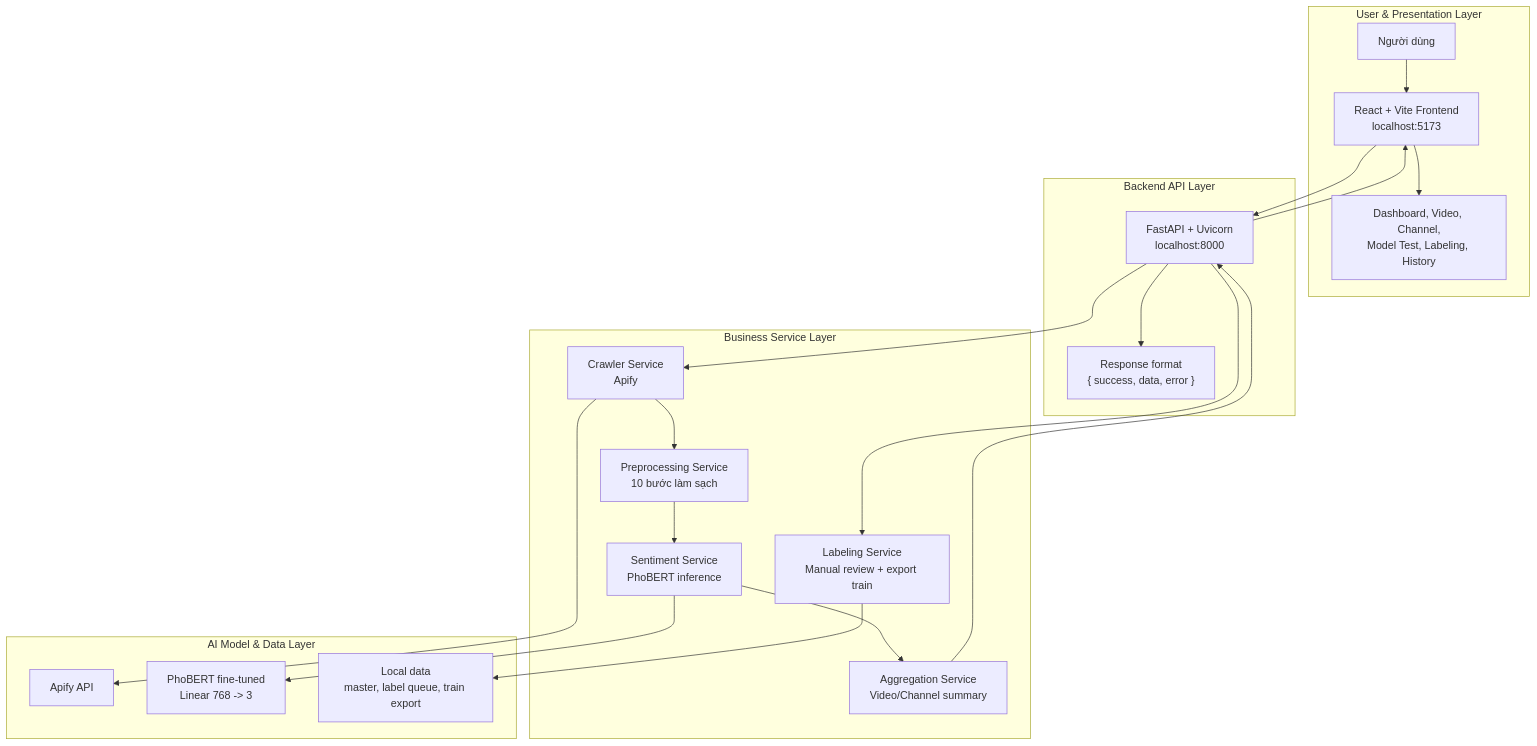
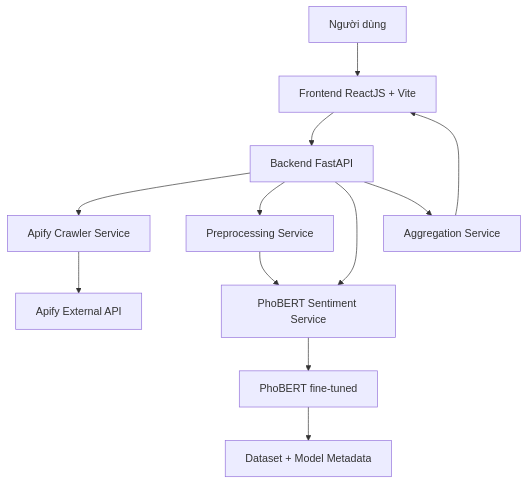
One commit to LeTuanKhaTTD/tn-da22ttd-110122086-letuankha-khaunisent changed the diagram in README.md. Above: the diagram before and after it, drawn with Mermaid. The commit also changed other lines of this file and 141 other files, not shown here.

````diff
--- a/README.md
+++ b/README.md
@@ -58,33 +39,14 @@
 ```mermaid
 flowchart TD
-  subgraph L1["User & Presentation Layer"]
-    U["Người dùng"] --> FE["React + Vite Frontend<br/>localhost:5173"]
-    FE --> UI["Dashboard, Video, Channel,<br/>Model Test, Labeling, History"]
-  end
-
-  subgraph L2["Backend API Layer"]
-    API["FastAPI + Uvicorn<br/>localhost:8000"]
-    API --> R["Response format<br/>{ success, data, error }"]
-  end
-
-  subgraph L3["Business Service Layer"]
-    C["Crawler Service<br/>Apify"]
-    P["Preprocessing Service<br/>10 bước làm sạch"]
-    S["Sentiment Service<br/>PhoBERT inference"]
-    A["Aggregation Service<br/>Video/Channel summary"]
-    L["Labeling Service<br/>Manual review + export train"]
-  end
-
-  subgraph L4["AI Model & Data Layer"]
-    AP["Apify API"]
-    M["PhoBERT fine-tuned<br/>Linear 768 -> 3"]
-    D["Local data<br/>master, label queue, train export"]
-  end
-
-  FE --> API
-  API --> C --> AP
-  C --> P --> S --> M
-  S --> A --> API --> FE
-  L --> D
-  API --> L
+    U[Người dùng] --> FE[Frontend ReactJS + Vite]
+    FE --> API[Backend FastAPI]
+    API --> Crawler[Apify Crawler Service]
+    API --> Preprocess[Preprocessing Service]
+    API --> Sentiment[PhoBERT Sentiment Service]
+    API --> Aggregate[Aggregation Service]
+    Crawler --> Apify[Apify External API]
+    Preprocess --> Sentiment
+    Sentiment --> Model[PhoBERT fine-tuned]
+    Aggregate --> FE
+    Model --> Data[Dataset + Model Metadata]
 ```
````
